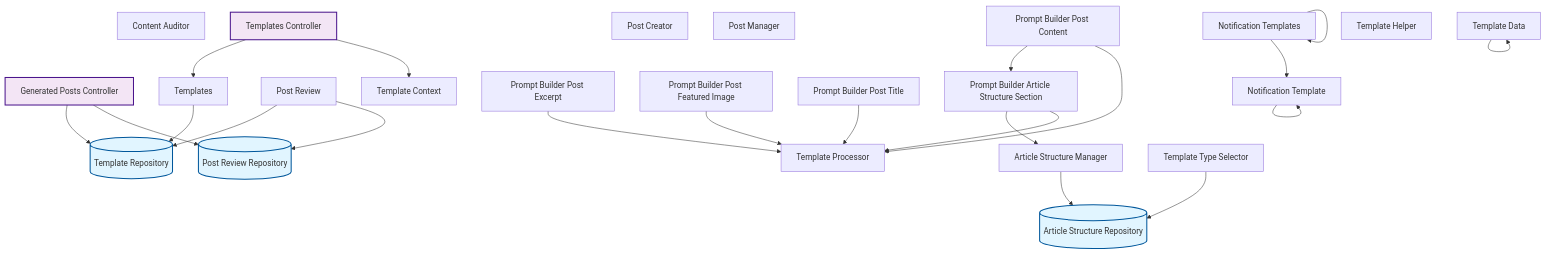
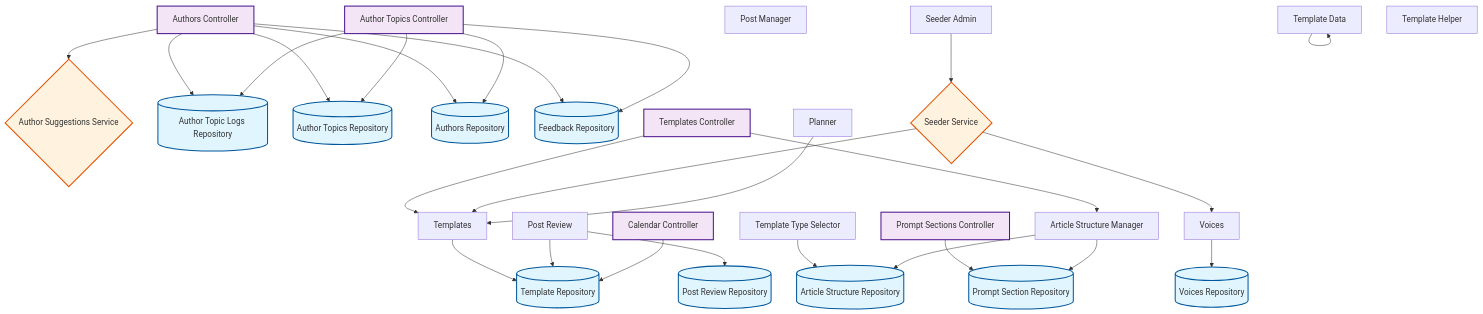
One commit to rpnunez/wp-ai-scheduler changed the fourth of 19 diagrams in docs/feature-report.md. Above: the diagram before and after it, drawn with Mermaid. The commit also changed other lines of this file and 2 other files, not shown here.

````diff
--- a/docs/feature-report.md
+++ b/docs/feature-report.md
@@ -214,55 +318,64 @@
 ```mermaid
 flowchart TD
     %% Content Management Architecture
 
     Article_Structure_Manager["Article Structure Manager"]
     Article_Structure_Repository[("Article Structure Repository")]
-    Content_Auditor["Content Auditor"]
-    Generated_Posts_Controller["Generated Posts Controller"]
-    Notification_Template["Notification Template"]
-    Notification_Templates["Notification Templates"]
-    Post_Creator["Post Creator"]
+    Author_Suggestions_Service{"Author Suggestions Service"}
+    Author_Topic_Logs_Repository[("Author Topic Logs Repository")]
+    Author_Topics_Controller["Author Topics Controller"]
+    Author_Topics_Repository[("Author Topics Repository")]
+    Authors_Controller["Authors Controller"]
+    Authors_Repository[("Authors Repository")]
+    Calendar_Controller["Calendar Controller"]
+    Feedback_Repository[("Feedback Repository")]
+    Planner["Planner"]
     Post_Manager["Post Manager"]
     Post_Review_Repository[("Post Review Repository")]
     Post_Review["Post Review"]
-    Prompt_Builder_Article_Structure_Section["Prompt Builder Article Structure Section"]
-    Prompt_Builder_Post_Content["Prompt Builder Post Content"]
-    Prompt_Builder_Post_Excerpt["Prompt Builder Post Excerpt"]
-    Prompt_Builder_Post_Featured_Image["Prompt Builder Post Featured Image"]
-    Prompt_Builder_Post_Title["Prompt Builder Post Title"]
-    Template_Context["Template Context"]
+    Prompt_Section_Repository[("Prompt Section Repository")]
+    Prompt_Sections_Controller["Prompt Sections Controller"]
+    Seeder_Admin["Seeder Admin"]
+    Seeder_Service{"Seeder Service"}
     Template_Data["Template Data"]
     Template_Helper["Template Helper"]
-    Template_Processor["Template Processor"]
     Template_Repository[("Template Repository")]
     Template_Type_Selector["Template Type Selector"]
     Templates_Controller["Templates Controller"]
     Templates["Templates"]
+    Voices_Repository[("Voices Repository")]
+    Voices["Voices"]
 
     Article_Structure_Manager --> Article_Structure_Repository
-    Generated_Posts_Controller --> Post_Review_Repository
-    Generated_Posts_Controller --> Template_Repository
-    Notification_Template --> Notification_Template
-    Notification_Templates --> Notification_Templates
-    Notification_Templates --> Notification_Template
+    Article_Structure_Manager --> Prompt_Section_Repository
+    Author_Topics_Controller --> Author_Topic_Logs_Repository
+    Author_Topics_Controller --> Author_Topics_Repository
+    Author_Topics_Controller --> Authors_Repository
+    Author_Topics_Controller --> Feedback_Repository
+    Authors_Controller --> Author_Suggestions_Service
+    Authors_Controller --> Author_Topic_Logs_Repository
+    Authors_Controller --> Author_Topics_Repository
+    Authors_Controller --> Authors_Repository
+    Authors_Controller --> Feedback_Repository
+    Calendar_Controller --> Template_Repository
+    Planner --> Templates
     Post_Review --> Post_Review_Repository
     Post_Review --> Template_Repository
-    Prompt_Builder_Article_Structure_Section --> Template_Processor
-    Prompt_Builder_Article_Structure_Section --> Article_Structure_Manager
-    Prompt_Builder_Post_Content --> Template_Processor
-    Prompt_Builder_Post_Content --> Prompt_Builder_Article_Structure_Section
-    Prompt_Builder_Post_Excerpt --> Template_Processor
-    Prompt_Builder_Post_Featured_Image --> Template_Processor
-    Prompt_Builder_Post_Title --> Template_Processor
+    Prompt_Sections_Controller --> Prompt_Section_Repository
+    Seeder_Admin --> Seeder_Service
+    Seeder_Service --> Templates
+    Seeder_Service --> Voices
     Template_Data --> Template_Data
     Template_Type_Selector --> Article_Structure_Repository
-    Templates_Controller --> Template_Context
+    Templates_Controller --> Article_Structure_Manager
     Templates_Controller --> Templates
     Templates --> Template_Repository
+    Voices --> Voices_Repository
 
     classDef repository fill:#e1f5ff,stroke:#01579b,stroke-width:2px
     classDef service fill:#fff3e0,stroke:#e65100,stroke-width:2px
     classDef controller fill:#f3e5f5,stroke:#4a148c,stroke-width:2px
-    class Article_Structure_Repository,Post_Review_Repository,Template_Repository repository
-    class Generated_Posts_Controller,Templates_Controller controller
+    class Article_Structure_Repository,Author_Topic_Logs_Repository,Author_Topics_Repository,Authors_Repository,Feedback_Repository,Post_Review_Repository,Prompt_Section_Repository,Template_Repository,Voices_Repository repository
+    class Author_Suggestions_Service,Seeder_Service service
+    class Author_Topics_Controller,Authors_Controller,Calendar_Controller,Prompt_Sections_Controller,Templates_Controller controller
 ```
````
